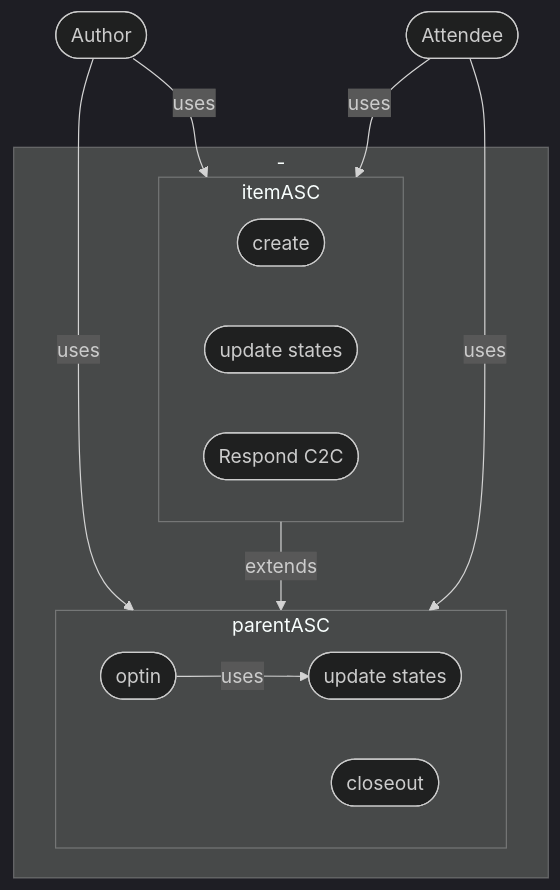
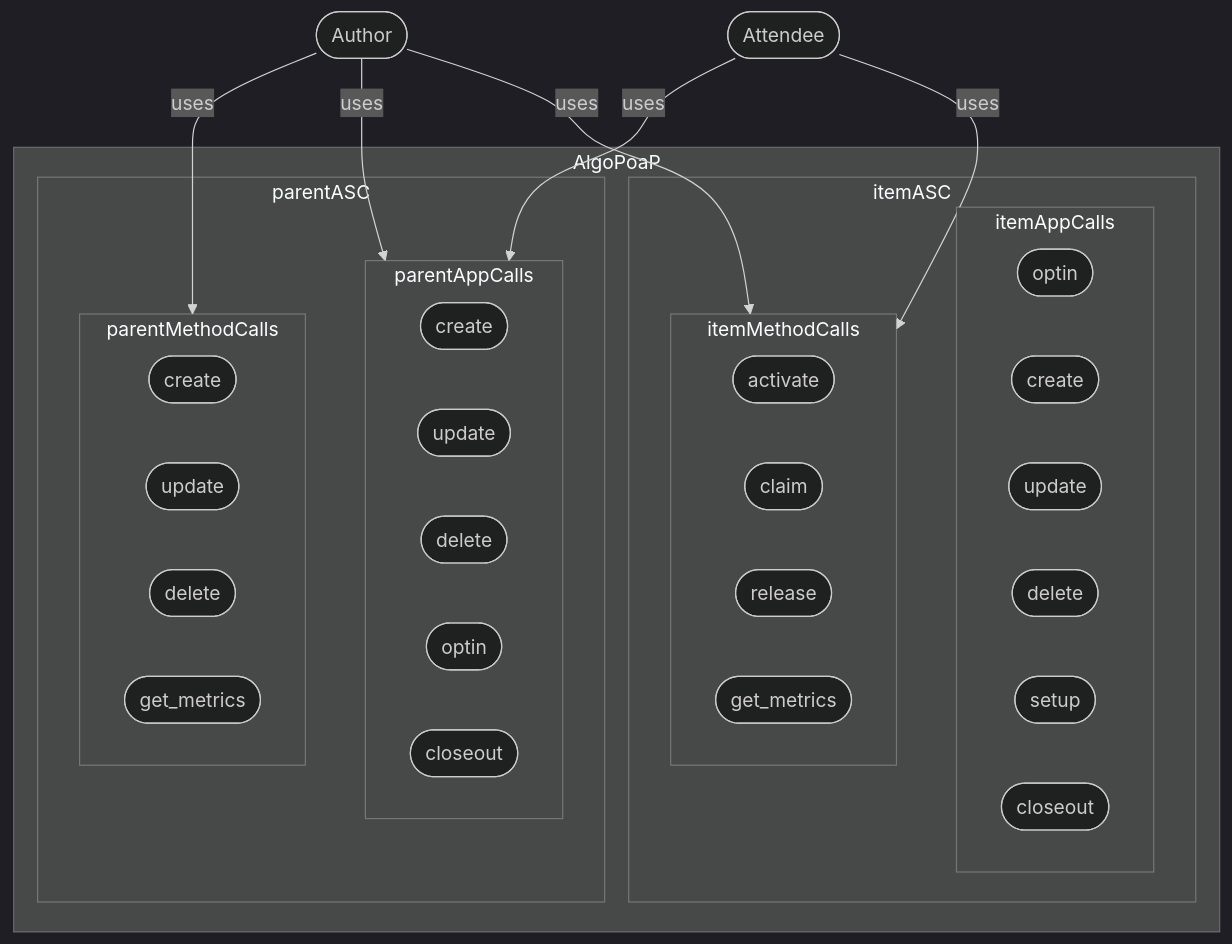
The third of 7 diagrams in README.md (Sun-C0ffee/algopoap-smartcontracts), drawn with Mermaid (dark theme) before and after one commit. The commit also changed other lines of this file and 2 other files, not shown here.

Commit message:
Add ABI schemas

````diff
--- a/README.md
+++ b/README.md
@@ -43,27 +44,55 @@
 ```mermaid
   flowchart TB
-    id1([Author]) --uses--> parentASC
-    id1([Author]) --uses--> itemASC
-    id2([Attendee]) --uses--> itemASC 
-    id2([Attendee]) --uses--> parentASC 
 
-    subgraph -
+    id1([Author]) --uses--> parentMethodCalls
+    id1([Author]) --uses--> parentAppCalls
+    id1([Author]) --uses--> itemMethodCalls
+    
 
+    id2([Attendee]) --uses--> parentAppCalls 
+    id2([Attendee]) --uses--> itemMethodCalls 
+  
+
+    subgraph AlgoPoaP
+      
       subgraph parentASC
-      id6([optin])--uses-->id7([update states]) 
-      
-      id9([closeout])
+        subgraph parentAppCalls
+        id3([create]) 
+        id4([update]) 
+        id5([delete]) 
+        id6([setup]) 
+        id6([optin]) 
+        id7([closeout]) 
+        end
+        subgraph parentMethodCalls
+        id8([create]) 
+        id9([update]) 
+        id10([delete]) 
+        id11([get_metrics]) 
+        end
       end
       subgraph itemASC
-      id8([create]) 
-      id9([optin]) 
-      id10([update states])
-      id13([Respond C2C])
-      id9([closeout]) 
+        
+        
+        subgraph itemAppCalls
+        id12([optin])
+        id13([create]) 
+        id14([update]) 
+        id15([delete]) 
+        id16([setup]) 
+        id17([closeout]) 
+        end
+        subgraph itemMethodCalls
+        id18([activate]) 
+        id19([claim]) 
+        id20([release]) 
+        id21([get_metrics]) 
+        end
       end
+      
     end 
    
-
-    itemASC --extends--> parentASC
+    
+    
 
 ```
````
